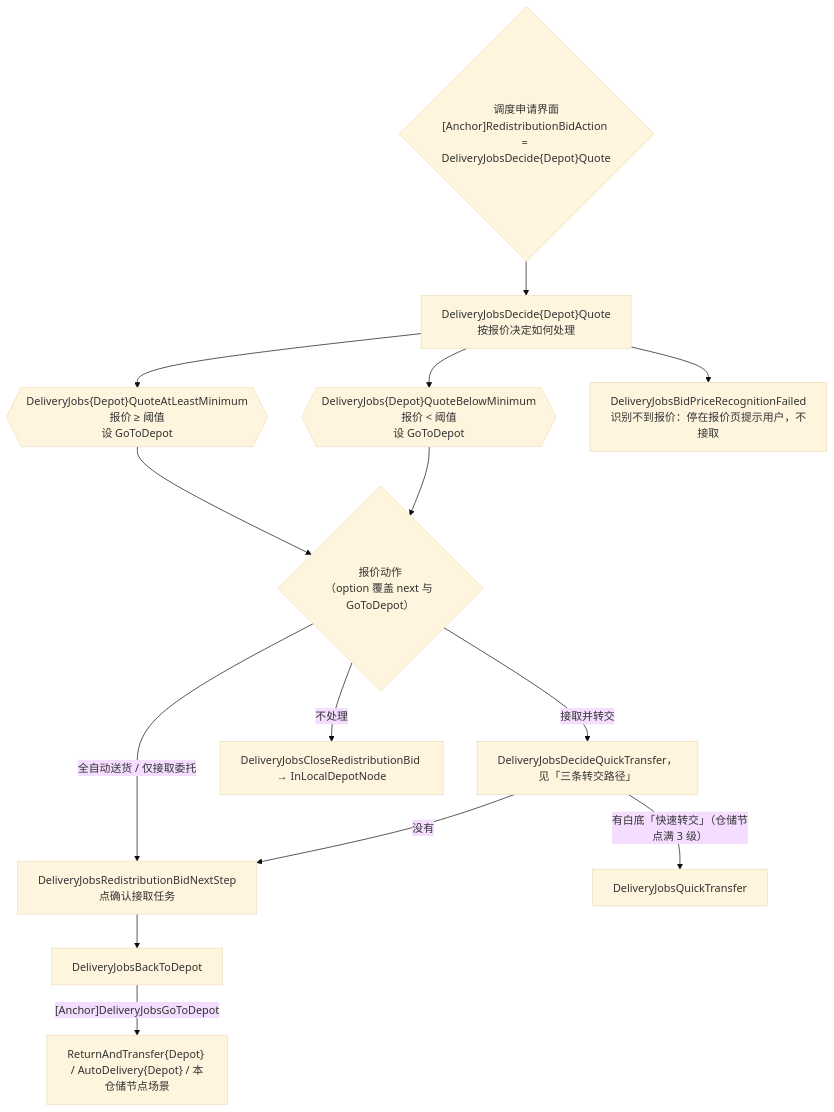
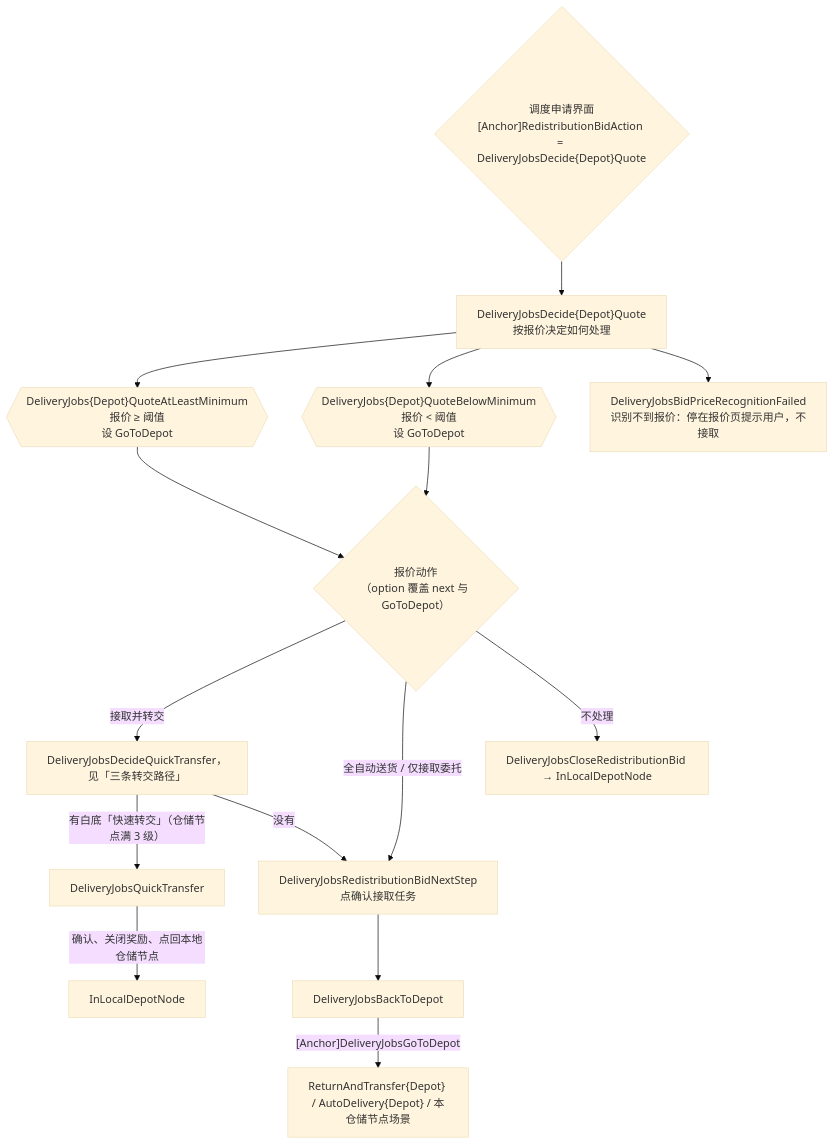
Before and after one commit to MaaEnd/MaaEnd: the third of 6 diagrams in docs/zh_cn/developers/tasks/delivery-jobs-maintain.md, drawn with Mermaid (base theme). The commit also changed other lines of this file and 13 other files, not shown here.

````diff
--- a/docs/zh_cn/developers/tasks/delivery-jobs-maintain.md
+++ b/docs/zh_cn/developers/tasks/delivery-jobs-maintain.md
@@ -126,16 +132,17 @@
 ```mermaid
 flowchart TD
     Bid{"调度申请界面\n[Anchor]RedistributionBidAction = DeliveryJobsDecide{Depot}Quote"} --> Decide["DeliveryJobsDecide{Depot}Quote\n按报价决定如何处理"]
     Decide --> AtLeast{{"DeliveryJobs{Depot}QuoteAtLeastMinimum\n报价 ≥ 阈值\n设 GoToDepot"}}
     Decide --> Below{{"DeliveryJobs{Depot}QuoteBelowMinimum\n报价 < 阈值\n设 GoToDepot"}}
     Decide --> Fail["DeliveryJobsBidPriceRecognitionFailed\n识别不到报价：停在报价页提示用户，不接取"]
     AtLeast --> QA{"报价动作\n（option 覆盖 next 与 GoToDepot）"}
     Below --> QA
     QA -->|接取并转交| QD["DeliveryJobsDecideQuickTransfer，见「三条转交路径」"]
     QA -->|全自动送货 / 仅接取委托| RB["DeliveryJobsRedistributionBidNextStep\n点确认接取任务"]
     QA -->|不处理| Close["DeliveryJobsCloseRedistributionBid → InLocalDepotNode"]
     QD -->|"有白底「快速转交」（仓储节点满 3 级）"| QT["DeliveryJobsQuickTransfer"]
     QD -->|没有| RB
+    QT -->|确认、关闭奖励、点回本地仓储节点| Local["InLocalDepotNode"]
     RB --> Back["DeliveryJobsBackToDepot"]
     Back -->|"[Anchor]DeliveryJobsGoToDepot"| Land["ReturnAndTransfer{Depot} / AutoDelivery{Depot} / 本仓储节点场景"]
 ```
````
